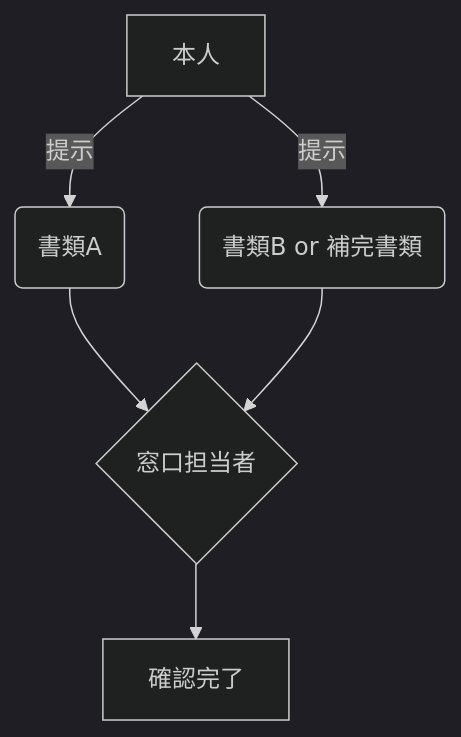
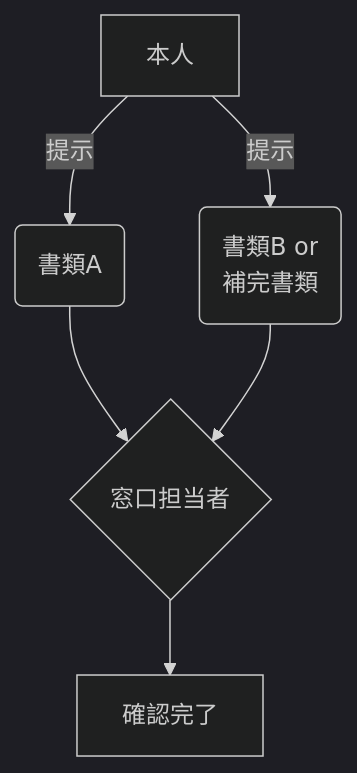
The third of 21 diagrams in hanshuho.md (CiderH2CO3/study-hanshuho), drawn with Mermaid (dark theme) before and after one commit. The commit also changed other lines of this file and 1 other file, not shown here.

````diff
--- a/hanshuho.md
+++ b/hanshuho.md
@@ -215,8 +275,8 @@
 ```mermaid
 graph TD
-    A[本人] -->|提示| B(書類A)
-    A -->|提示| C(書類B or 補完書類)
-    B --> D{窓口担当者}
-    C --> D
-    D --> E[確認完了]
+    User[本人] -->|提示| DocA(書類A)
+    User -->|提示| DocB(書類B or<br/>補完書類)
+    DocA --> Staff{窓口担当者}
+    DocB --> Staff
+    Staff --> Done[確認完了]
 ```
````
